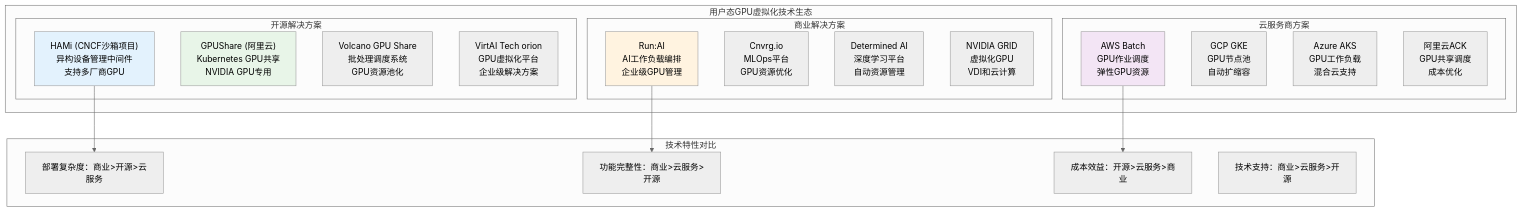
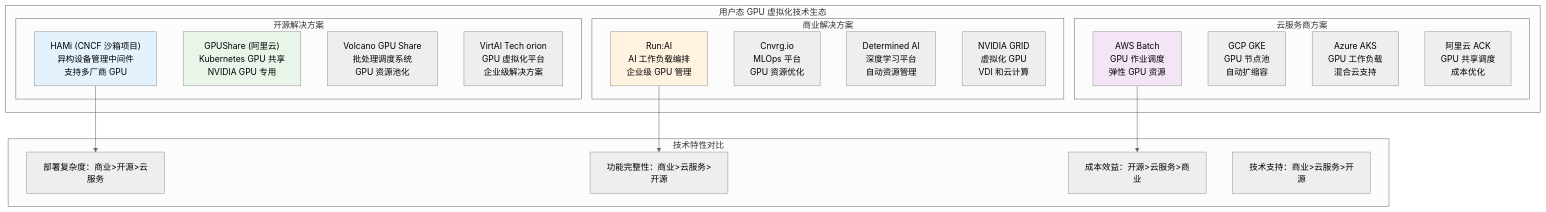
The fifth of 5 diagrams in gpu_manager/第二部分：虚拟化技术篇.md (ForceInjection/AI-fundamentals), drawn with Mermaid (neutral theme) before and after one commit. The commit also changed other lines of this file and 4 other files, not shown here.

````diff
--- a/gpu_manager/第二部分：虚拟化技术篇.md
+++ b/gpu_manager/第二部分：虚拟化技术篇.md
@@ -3213,41 +3458,41 @@
 ```mermaid
 graph TB
-    subgraph "用户态GPU虚拟化技术生态"
+    subgraph "用户态 GPU 虚拟化技术生态"
         subgraph "开源解决方案"
-            HAMI["HAMi (CNCF沙箱项目)<br/>异构设备管理中间件<br/>支持多厂商GPU"]
-            GPUSHARE["GPUShare (阿里云)<br/>Kubernetes GPU共享<br/>NVIDIA GPU专用"]
-            VOLCANO["Volcano GPU Share<br/>批处理调度系统<br/>GPU资源池化"]
-            VIRTAITECH["VirtAI Tech orion<br/>GPU虚拟化平台<br/>企业级解决方案"]
+            HAMI["HAMi (CNCF 沙箱项目)<br/>异构设备管理中间件<br/>支持多厂商 GPU"]
+            GPUSHARE["GPUShare (阿里云)<br/>Kubernetes GPU 共享<br/>NVIDIA GPU 专用"]
+            VOLCANO["Volcano GPU Share<br/>批处理调度系统<br/>GPU 资源池化"]
+            VIRTAITECH["VirtAI Tech orion<br/>GPU 虚拟化平台<br/>企业级解决方案"]
         end
         
         subgraph "商业解决方案"
-            RUNAI["Run:AI<br/>AI工作负载编排<br/>企业级GPU管理"]
-            CNVRG["Cnvrg.io<br/>MLOps平台<br/>GPU资源优化"]
+            RUNAI["Run:AI<br/>AI 工作负载编排<br/>企业级 GPU 管理"]
+            CNVRG["Cnvrg.io<br/>MLOps 平台<br/>GPU 资源优化"]
             DETERMINED["Determined AI<br/>深度学习平台<br/>自动资源管理"]
-            GRID["NVIDIA GRID<br/>虚拟化GPU<br/>VDI和云计算"]
+            GRID["NVIDIA GRID<br/>虚拟化 GPU<br/>VDI 和云计算"]
         end
         
         subgraph "云服务商方案"
-            AWS_BATCH["AWS Batch<br/>GPU作业调度<br/>弹性GPU资源"]
-            GCP_GKE["GCP GKE<br/>GPU节点池<br/>自动扩缩容"]
-            AZURE_AKS["Azure AKS<br/>GPU工作负载<br/>混合云支持"]
-            ALIBABA["阿里云ACK<br/>GPU共享调度<br/>成本优化"]
+            AWS_BATCH["AWS Batch<br/>GPU 作业调度<br/>弹性 GPU 资源"]
+            GCP_GKE["GCP GKE<br/>GPU 节点池<br/>自动扩缩容"]
+            AZURE_AKS["Azure AKS<br/>GPU 工作负载<br/>混合云支持"]
+            ALIBABA["阿里云 ACK<br/>GPU 共享调度<br/>成本优化"]
         end
     end
     
     subgraph "技术特性对比"
         FEATURE1["部署复杂度：商业>开源>云服务"]
         FEATURE2["功能完整性：商业>云服务>开源"]
         FEATURE3["成本效益：开源>云服务>商业"]
         FEATURE4["技术支持：商业>云服务>开源"]
     end
     
     HAMI --> FEATURE1
     RUNAI --> FEATURE2
     AWS_BATCH --> FEATURE3
     
     style HAMI fill:#e3f2fd
     style GPUSHARE fill:#e8f5e8
     style RUNAI fill:#fff3e0
     style AWS_BATCH fill:#f3e5f5
 ```
````
